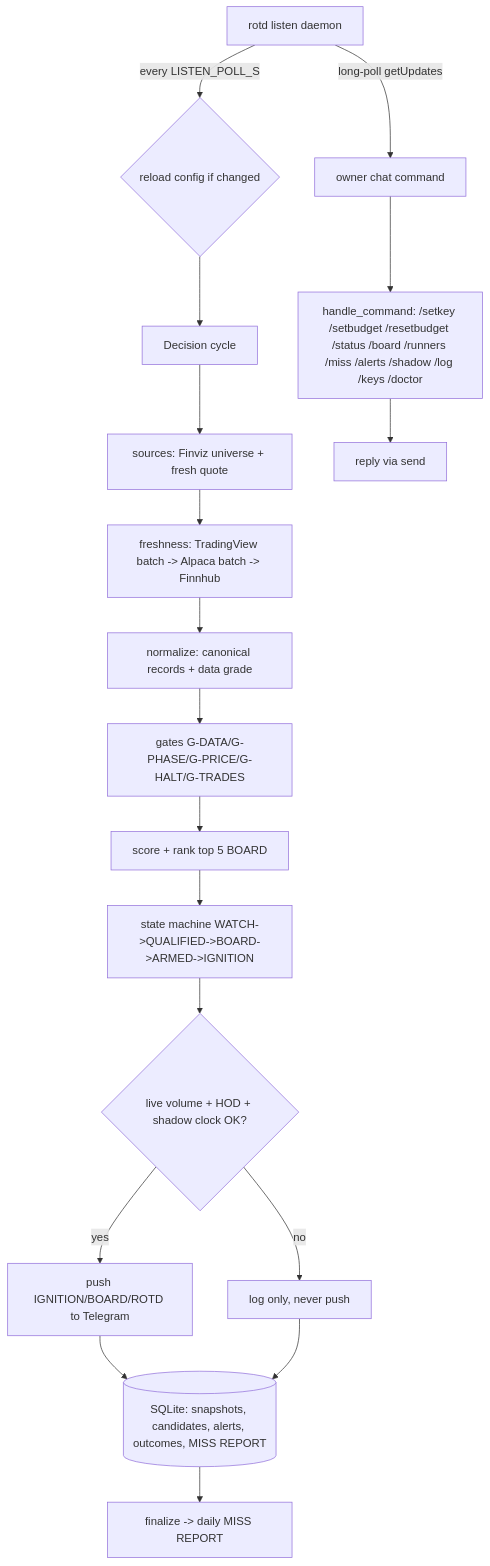
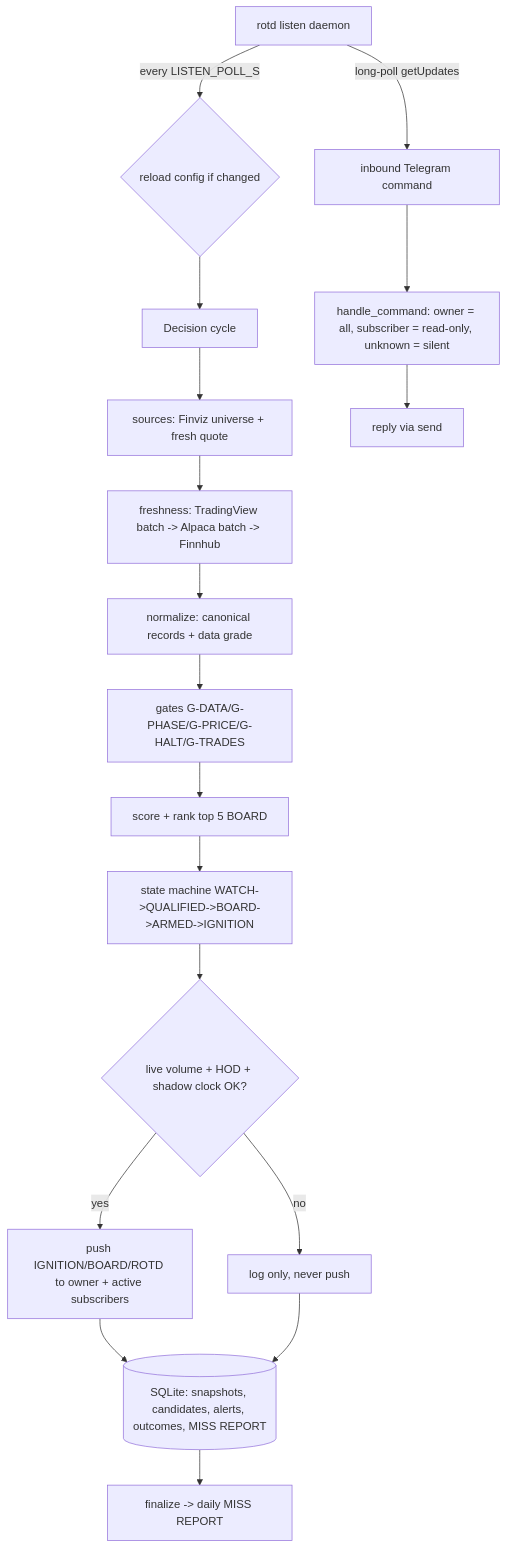
One commit to Ace1337z/Runner-of-the-Day changed the diagram in README.md. Above: the diagram before and after it, drawn with Mermaid. The commit also changed other lines of this file and 29 other files, not shown here.

````diff
--- a/README.md
+++ b/README.md
@@ -350,20 +355,20 @@
 ```mermaid
 flowchart TD
     A[rotd listen daemon] -->|every LISTEN_POLL_S| B{reload config if changed}
     B --> C[Decision cycle]
     C --> D[sources: Finviz universe + fresh quote]
     D --> E[freshness: TradingView batch -> Alpaca batch -> Finnhub]
     E --> F[normalize: canonical records + data grade]
     F --> G[gates G-DATA/G-PHASE/G-PRICE/G-HALT/G-TRADES]
     G --> H[score + rank top 5 BOARD]
     H --> I[state machine WATCH->QUALIFIED->BOARD->ARMED->IGNITION]
     I --> J{live volume + HOD + shadow clock OK?}
     J -- no --> K[log only, never push]
-    J -- yes --> L[push IGNITION/BOARD/ROTD to Telegram]
-    A -->|long-poll getUpdates| M[owner chat command]
-    M --> N[handle_command: /setkey /setbudget /resetbudget /status /board /runners /miss /alerts /shadow /log /keys /doctor]
+    J -- yes --> L[push IGNITION/BOARD/ROTD to owner + active subscribers]
+    A -->|long-poll getUpdates| M[inbound Telegram command]
+    M --> N[handle_command: owner = all, subscriber = read-only, unknown = silent]
     N --> O[reply via send]
     L --> P[(SQLite: snapshots, candidates, alerts, outcomes, MISS REPORT)]
     K --> P
     P --> Q[finalize -> daily MISS REPORT]
 ```
````
